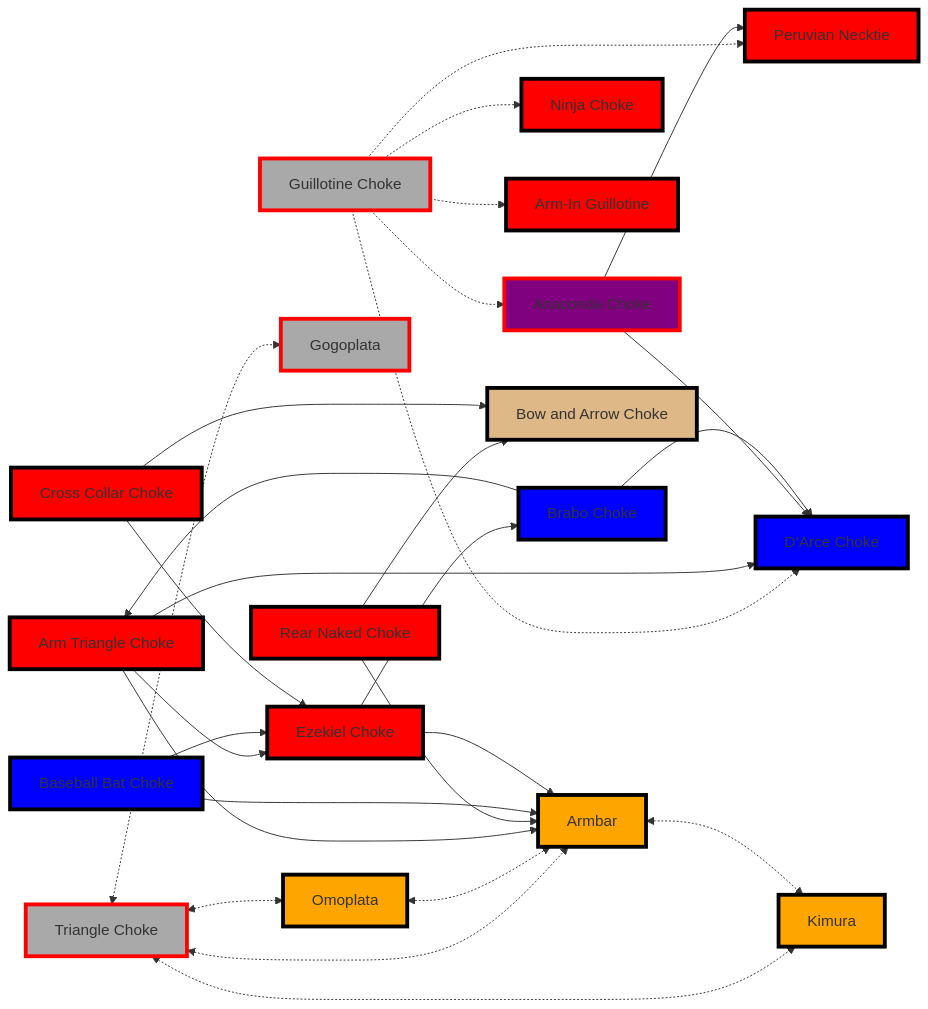
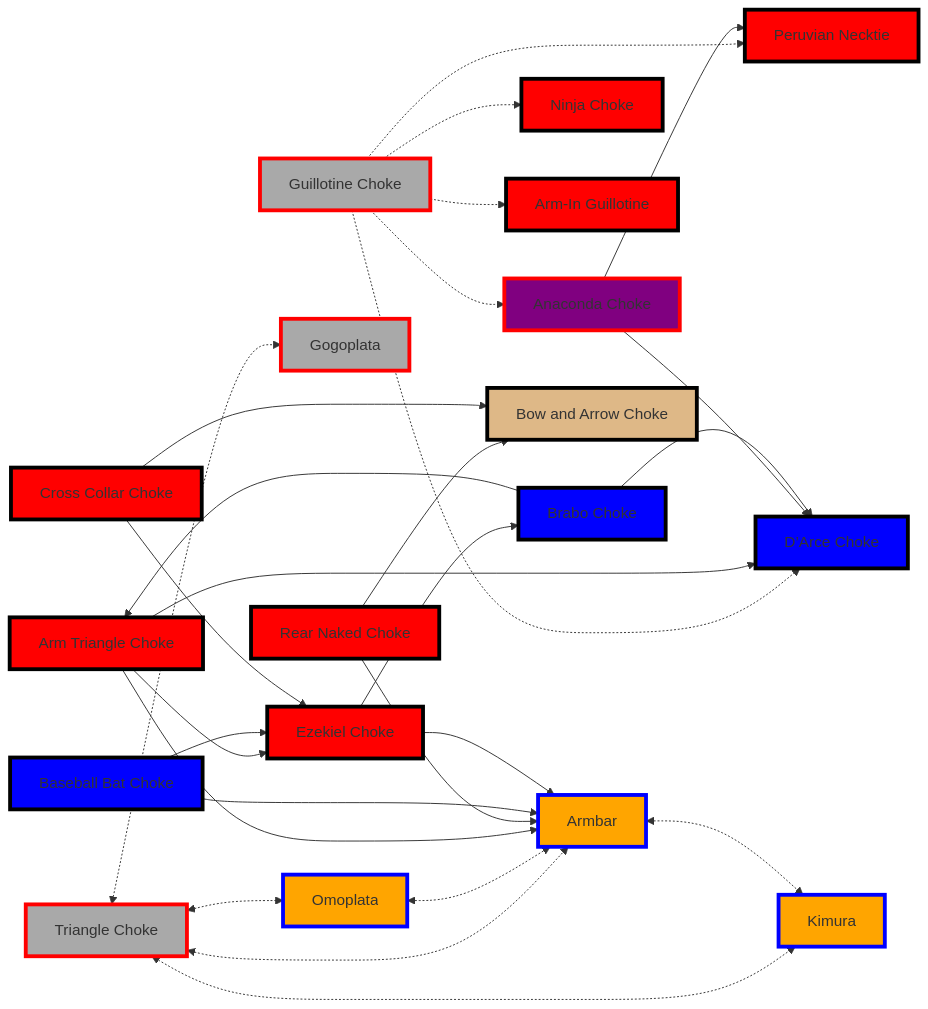
One commit to jacgit18/DevHiveMind changed the fourth of 4 diagrams in _Fitness/MMA/Real World BJJ Flows.md. Above: the diagram before and after it, drawn with Mermaid. The commit also changed other lines of this file, not shown here.

Commit message:
M "_Fitness/MMA/Real World BJJ Flows.md"

````diff
--- a/_Fitness/MMA/Real World BJJ Flows.md
+++ b/_Fitness/MMA/Real World BJJ Flows.md
@@ -405,66 +405,66 @@
 ```mermaid
 flowchart LR
     A[Triangle Choke] <-.->  B[Armbar]
     A <-.-> C[Omoplata]
     A <-.->  D[Gogoplata]
     A <-.->  E
     B <-.-> E[Kimura]
     C <-.->  B
 
 
     F[Guillotine Choke] .-> G[Ninja Choke]
     F .-> H[Peruvian Necktie]
     F .-> I[Arm-In Guillotine]
     F .-> Q
     F .-> L
 
     J[Arm Triangle Choke] --> P
     J --> L[D’Arce Choke]
     J --> B
 
     M[Rear Naked Choke] --> B
     M --> N[Bow and Arrow Choke]
 
     O[Baseball Bat Choke] --> P[Ezekiel Choke]
     O --> B
 
     Q[Anaconda Choke] --> L
     Q --> H
 
     R[Brabo Choke] --> J
     R --> L
 
     S[Cross Collar Choke] --> N
     S --> P
 
     P --> B
     P --> R
     
 style A fill:darkgray,stroke:red,stroke-width:4px,shadow:shadow, 
 
-style B fill:orange,stroke:black,stroke-width:4px,shadow:shadow
+style B fill:orange,stroke:blue,stroke-width:4px,shadow:shadow
 
-style C fill:orange,stroke:black,stroke-width:4px,shadow:shadow
+style C fill:orange,stroke:blue,stroke-width:4px,shadow:shadow
 
 style D fill:darkgray,stroke:red,stroke-width:4px,shadow:shadow, 
 
-style E fill:orange,stroke:black,stroke-width:4px,shadow:shadow
+style E fill:orange,stroke:blue,stroke-width:4px,shadow:shadow
 
 style F fill:darkgray,stroke:red,stroke-width:4px,shadow:shadow
 
 style G fill:red,stroke:black,stroke-width:4px,shadow:shadow
 style H fill:red,stroke:black,stroke-width:4px,shadow:shadow
 style I fill:red,stroke:black,stroke-width:4px,shadow:shadow
 style J fill:red,stroke:black,stroke-width:4px,shadow:shadow
 
 style L fill:blue,stroke:black,stroke-width:4px,shadow:shadow
 style M fill:red,stroke:black,stroke-width:4px,shadow:shadow
 style N fill:burlywood,stroke:black,stroke-width:4px,shadow:shadow
 
 style O fill:blue,stroke:black,stroke-width:4px,shadow:shadow
 style P fill:red,stroke:black,stroke-width:4px,shadow:shadow
 
 style Q fill:purple,stroke:red,stroke-width:4px,shadow:shadow
 style R fill:blue,stroke:black,stroke-width:4px,shadow:shadow
 style S fill:red,stroke:black,stroke-width:4px,shadow:shadow
 ```
````
